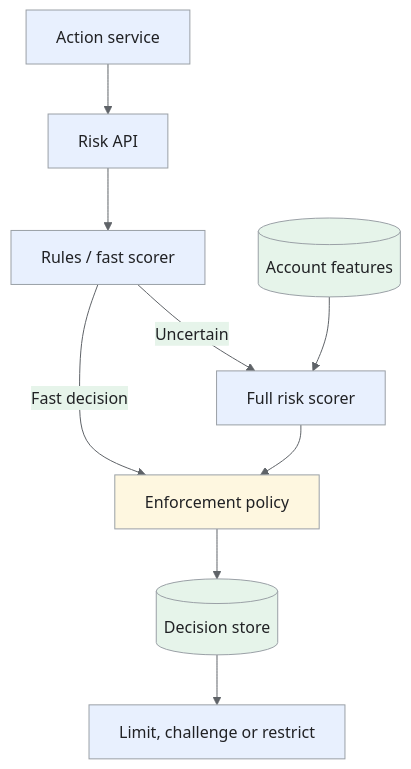
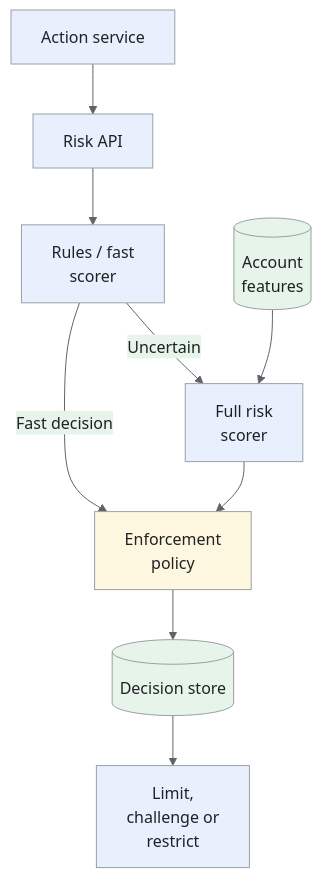
The first of 6 diagrams in _designs/bot-detection.md (iliazlobin/iliazlobin.github.io), drawn with Mermaid before and after one commit. The commit also changed other lines of this file and 116 other files, not shown here.

````diff
--- a/_designs/bot-detection.md
+++ b/_designs/bot-detection.md
@@ -146,19 +130,19 @@
 ```mermaid
 %%{init: {'theme':'base','themeVariables':{'primaryColor':'#e8f0fe','primaryTextColor':'#202124','primaryBorderColor':'#9aa0a6','lineColor':'#5f6368','secondaryColor':'#e6f4ea','tertiaryColor':'#fef7e0','actorBkg':'#e8f0fe','actorBorder':'#9aa0a6','actorTextColor':'#202124','noteBkgColor':'#fef7e0','noteTextColor':'#202124','noteBorderColor':'#9aa0a6','signalColor':'#5f6368','signalTextColor':'#202124','labelBoxBkgColor':'#fef7e0','labelBoxBorderColor':'#9aa0a6'}}}%%
 flowchart TB
     A["Action service"] --> API["Risk API"]
-    API --> FAST["Rules / fast scorer"]
-    FAST -->|"Uncertain"| FULL["Full risk scorer"]
-    FAST -->|"Fast decision"| POLICY["Enforcement policy"]
+    API --> FAST["Rules / fast<br>scorer"]
+    FAST -->|"Uncertain"| FULL["Full risk<br>scorer"]
+    FAST -->|"Fast decision"| POLICY["Enforcement<br>policy"]
     FULL --> POLICY
-    F[("Account features")] --> FULL
+    F[("Account<br>features")] --> FULL
     POLICY --> D[("Decision store")]
-    D --> OUT["Limit, challenge or restrict"]
+    D --> OUT["Limit,<br>challenge or<br>restrict"]
 classDef request fill:#e8f0fe,stroke:#9aa0a6,color:#202124;
 classDef data fill:#e6f4ea,stroke:#9aa0a6,color:#202124;
 classDef control fill:#fef7e0,stroke:#9aa0a6,color:#202124;
 class A,API,FAST,FULL,OUT request;
 class F,D data;
 class POLICY control;
 
 ```
````
